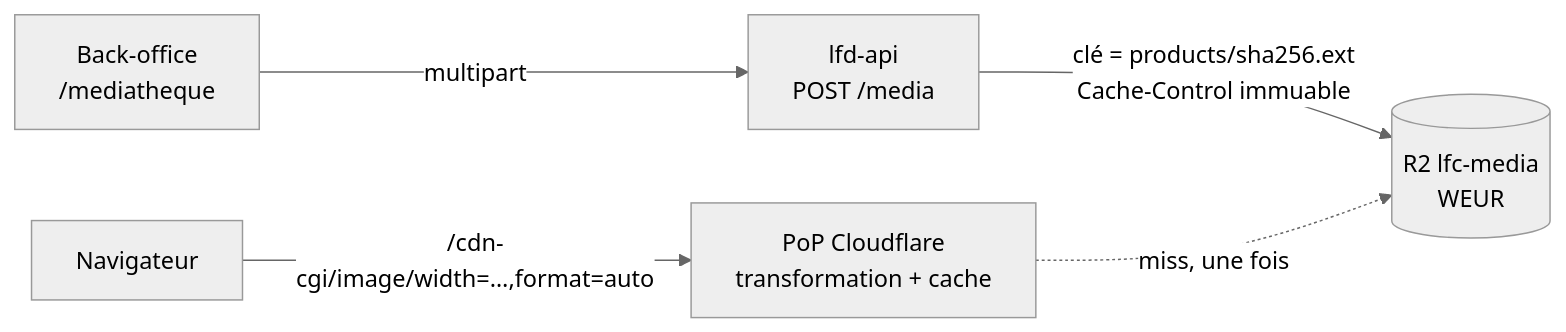
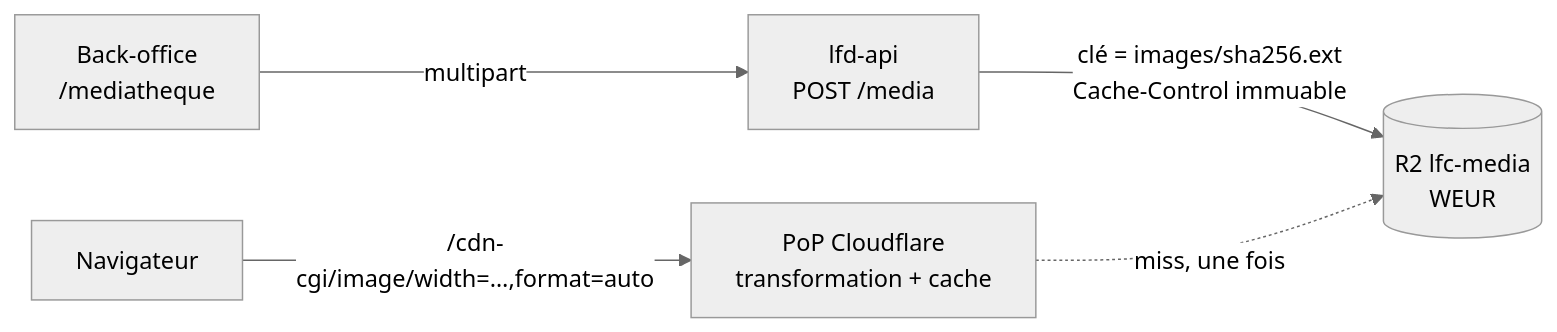
One commit to hugoheynard/lfd changed the diagram in documentation/ops/cloudflare-images.md. Above: the diagram before and after it, drawn with Mermaid (neutral theme). The commit also changed other lines of this file and 21 other files, not shown here.

````diff
--- a/documentation/ops/cloudflare-images.md
+++ b/documentation/ops/cloudflare-images.md
@@ -17,7 +17,7 @@
 ```mermaid
 flowchart LR
     ADM["Back-office<br/>/mediatheque"] -->|multipart| API["lfd-api<br/>POST /media"]
-    API -->|"clé = products/sha256.ext<br/>Cache-Control immuable"| R2[("R2 lfc-media<br/>WEUR")]
+    API -->|"clé = images/sha256.ext<br/>Cache-Control immuable"| R2[("R2 lfc-media<br/>WEUR")]
     NAV["Navigateur"] -->|"/cdn-cgi/image/width=…,format=auto"| POP["PoP Cloudflare<br/>transformation + cache"]
     POP -.->|"miss, une fois"| R2
 ```
````
